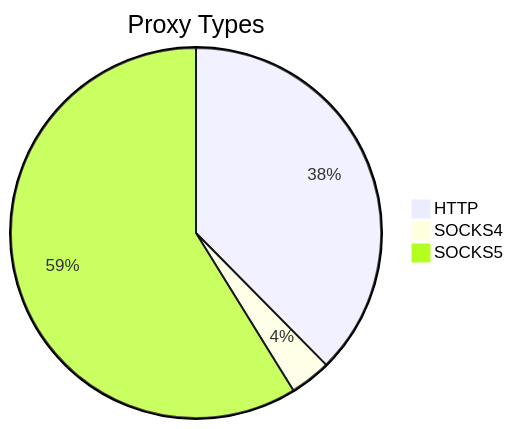
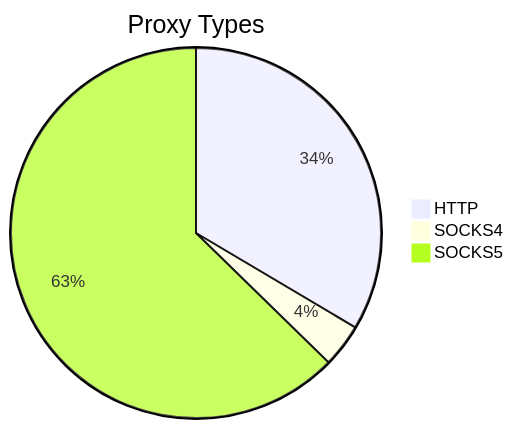
The first of 2 diagrams in README.md (stormsia/proxy-list), drawn with Mermaid before and after one commit. The commit also changed other lines of this file, not shown here.

````diff
--- a/README.md
+++ b/README.md
@@ -21,6 +21,6 @@
 ```mermaid
 pie title Proxy Types
-    "HTTP" : 273
-    "SOCKS4" : 26
-    "SOCKS5" : 427
+    "HTTP" : 239
+    "SOCKS4" : 27
+    "SOCKS5" : 447
 ```
````
